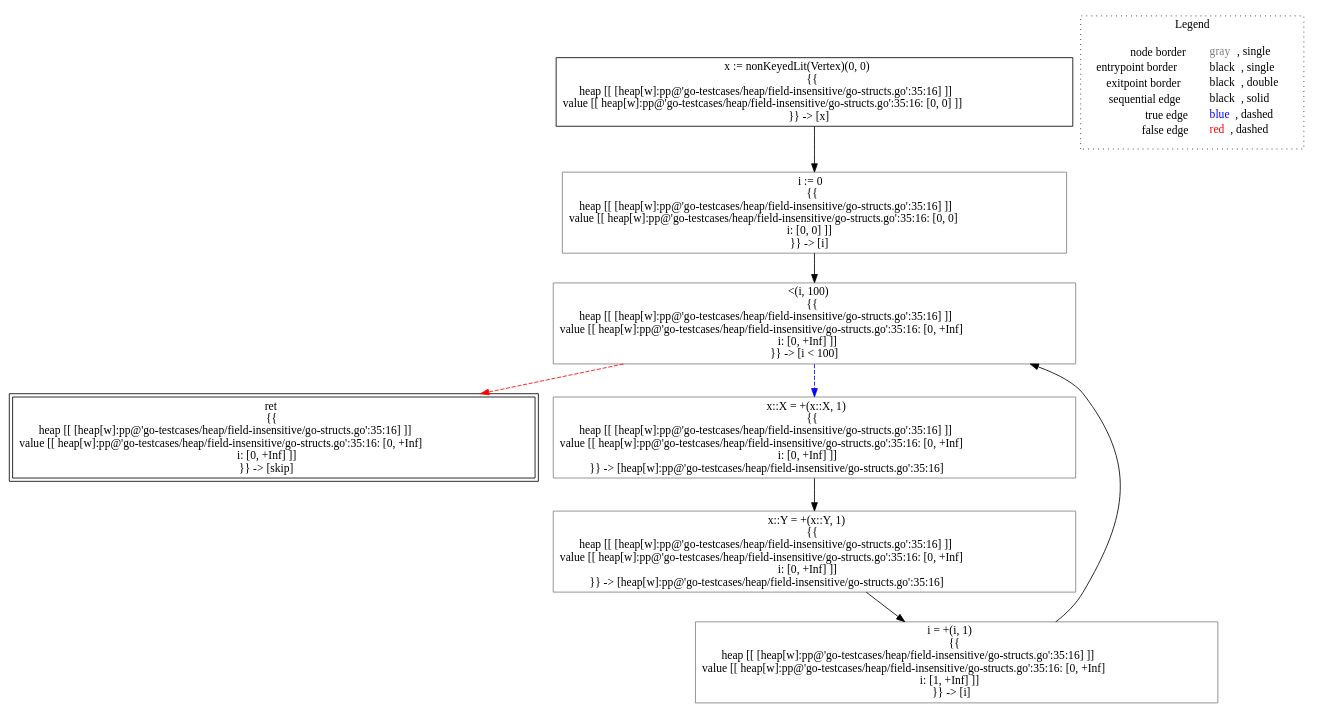
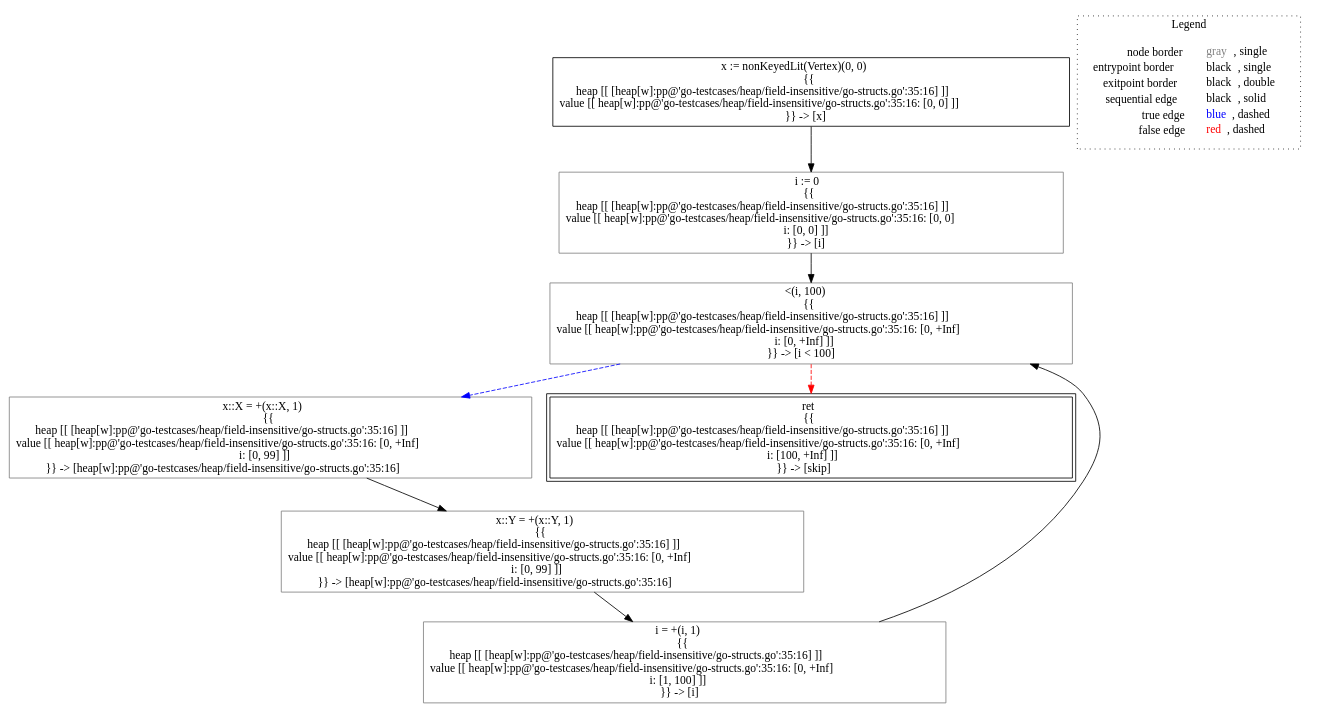
The diagram in go-lisa/go-testcases/heap/field-insensitive/analysis___untyped_~LiSAProgram.forAlloc().dot (lisa-analyzer/go-lisa), drawn with Graphviz before and after one commit. The commit also changed 8 other files, not shown here.

```diff
--- a/go-lisa/go-testcases/heap/field-insensitive/analysis___untyped_~LiSAProgram.forAlloc().dot
+++ b/go-lisa/go-testcases/heap/field-insensitive/analysis___untyped_~LiSAProgram.forAlloc().dot
@@ -1,23 +1,23 @@
 digraph {
 	"node0" [shape="rect",color="black",label=<x := nonKeyedLit(Vertex)(0, 0)<BR/>{{<BR/>heap [[ [heap[w]:pp@'go-testcases/heap/field-insensitive/go-structs.go':35:16] ]]<BR/>value [[ heap[w]:pp@'go-testcases/heap/field-insensitive/go-structs.go':35:16: [0, 0] ]]<BR/>}} -&gt; [x]>];
-	"node1" [shape="rect",color="black",peripheries="2",label=<ret<BR/>{{<BR/>heap [[ [heap[w]:pp@'go-testcases/heap/field-insensitive/go-structs.go':35:16] ]]<BR/>value [[ heap[w]:pp@'go-testcases/heap/field-insensitive/go-structs.go':35:16: [0, +Inf]<BR/>i: [0, +Inf] ]]<BR/>}} -&gt; [skip]>];
-	"node2" [shape="rect",color="gray",label=<&lt;(i, 100)<BR/>{{<BR/>heap [[ [heap[w]:pp@'go-testcases/heap/field-insensitive/go-structs.go':35:16] ]]<BR/>value [[ heap[w]:pp@'go-testcases/heap/field-insensitive/go-structs.go':35:16: [0, +Inf]<BR/>i: [0, +Inf] ]]<BR/>}} -&gt; [i &lt; 100]>];
-	"node3" [shape="rect",color="gray",label=<i := 0<BR/>{{<BR/>heap [[ [heap[w]:pp@'go-testcases/heap/field-insensitive/go-structs.go':35:16] ]]<BR/>value [[ heap[w]:pp@'go-testcases/heap/field-insensitive/go-structs.go':35:16: [0, 0]<BR/>i: [0, 0] ]]<BR/>}} -&gt; [i]>];
-	"node4" [shape="rect",color="gray",label=<x::Y = +(x::Y, 1)<BR/>{{<BR/>heap [[ [heap[w]:pp@'go-testcases/heap/field-insensitive/go-structs.go':35:16] ]]<BR/>value [[ heap[w]:pp@'go-testcases/heap/field-insensitive/go-structs.go':35:16: [0, +Inf]<BR/>i: [0, +Inf] ]]<BR/>}} -&gt; [heap[w]:pp@'go-testcases/heap/field-insensitive/go-structs.go':35:16]>];
-	"node5" [shape="rect",color="gray",label=<i = +(i, 1)<BR/>{{<BR/>heap [[ [heap[w]:pp@'go-testcases/heap/field-insensitive/go-structs.go':35:16] ]]<BR/>value [[ heap[w]:pp@'go-testcases/heap/field-insensitive/go-structs.go':35:16: [0, +Inf]<BR/>i: [1, +Inf] ]]<BR/>}} -&gt; [i]>];
-	"node6" [shape="rect",color="gray",label=<x::X = +(x::X, 1)<BR/>{{<BR/>heap [[ [heap[w]:pp@'go-testcases/heap/field-insensitive/go-structs.go':35:16] ]]<BR/>value [[ heap[w]:pp@'go-testcases/heap/field-insensitive/go-structs.go':35:16: [0, +Inf]<BR/>i: [0, +Inf] ]]<BR/>}} -&gt; [heap[w]:pp@'go-testcases/heap/field-insensitive/go-structs.go':35:16]>];
-	"node0" -> "node3" [color="black"];
-	"node2" -> "node1" [color="red",style="dashed"];
-	"node2" -> "node6" [color="blue",style="dashed"];
+	"node1" [shape="rect",color="gray",label=<i := 0<BR/>{{<BR/>heap [[ [heap[w]:pp@'go-testcases/heap/field-insensitive/go-structs.go':35:16] ]]<BR/>value [[ heap[w]:pp@'go-testcases/heap/field-insensitive/go-structs.go':35:16: [0, 0]<BR/>i: [0, 0] ]]<BR/>}} -&gt; [i]>];
+	"node2" [shape="rect",color="gray",label=<x::Y = +(x::Y, 1)<BR/>{{<BR/>heap [[ [heap[w]:pp@'go-testcases/heap/field-insensitive/go-structs.go':35:16] ]]<BR/>value [[ heap[w]:pp@'go-testcases/heap/field-insensitive/go-structs.go':35:16: [0, +Inf]<BR/>i: [0, 99] ]]<BR/>}} -&gt; [heap[w]:pp@'go-testcases/heap/field-insensitive/go-structs.go':35:16]>];
+	"node3" [shape="rect",color="gray",label=<x::X = +(x::X, 1)<BR/>{{<BR/>heap [[ [heap[w]:pp@'go-testcases/heap/field-insensitive/go-structs.go':35:16] ]]<BR/>value [[ heap[w]:pp@'go-testcases/heap/field-insensitive/go-structs.go':35:16: [0, +Inf]<BR/>i: [0, 99] ]]<BR/>}} -&gt; [heap[w]:pp@'go-testcases/heap/field-insensitive/go-structs.go':35:16]>];
+	"node4" [shape="rect",color="gray",label=<&lt;(i, 100)<BR/>{{<BR/>heap [[ [heap[w]:pp@'go-testcases/heap/field-insensitive/go-structs.go':35:16] ]]<BR/>value [[ heap[w]:pp@'go-testcases/heap/field-insensitive/go-structs.go':35:16: [0, +Inf]<BR/>i: [0, +Inf] ]]<BR/>}} -&gt; [i &lt; 100]>];
+	"node5" [shape="rect",color="black",peripheries="2",label=<ret<BR/>{{<BR/>heap [[ [heap[w]:pp@'go-testcases/heap/field-insensitive/go-structs.go':35:16] ]]<BR/>value [[ heap[w]:pp@'go-testcases/heap/field-insensitive/go-structs.go':35:16: [0, +Inf]<BR/>i: [100, +Inf] ]]<BR/>}} -&gt; [skip]>];
+	"node6" [shape="rect",color="gray",label=<i = +(i, 1)<BR/>{{<BR/>heap [[ [heap[w]:pp@'go-testcases/heap/field-insensitive/go-structs.go':35:16] ]]<BR/>value [[ heap[w]:pp@'go-testcases/heap/field-insensitive/go-structs.go':35:16: [0, +Inf]<BR/>i: [1, 100] ]]<BR/>}} -&gt; [i]>];
+	"node1" -> "node4" [color="black"];
+	"node2" -> "node6" [color="black"];
+	"node0" -> "node1" [color="black"];
 	"node3" -> "node2" [color="black"];
-	"node4" -> "node5" [color="black"];
-	"node5" -> "node2" [color="black"];
+	"node4" -> "node3" [color="blue",style="dashed"];
+	"node4" -> "node5" [color="red",style="dashed"];
 	"node6" -> "node4" [color="black"];
 subgraph cluster_legend {
 	label="Legend";
 	style=dotted;
 	node [shape=plaintext];
 	"legend" [label=<<table border="0" cellpadding="2" cellspacing="0" cellborder="0"><tr><td align="right">node border&nbsp;</td><td align="left"><font color="gray">gray</font>, single</td></tr><tr><td align="right">entrypoint border&nbsp;</td><td align="left"><font color="black">black</font>, single</td></tr><tr><td align="right">exitpoint border&nbsp;</td><td align="left"><font color="black">black</font>, double</td></tr><tr><td align="right">sequential edge&nbsp;</td><td align="left"><font color="black">black</font>, solid</td></tr><tr><td align="right">true edge&nbsp;</td><td align="left"><font color="blue">blue</font>, dashed</td></tr><tr><td align="right">false edge&nbsp;</td><td align="left"><font color="red">red</font>, dashed</td></tr></table>>];
 }
 
 }
```
